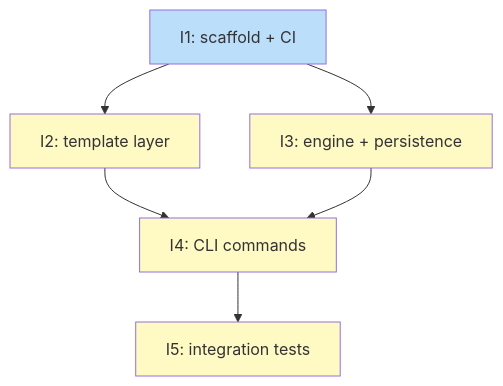
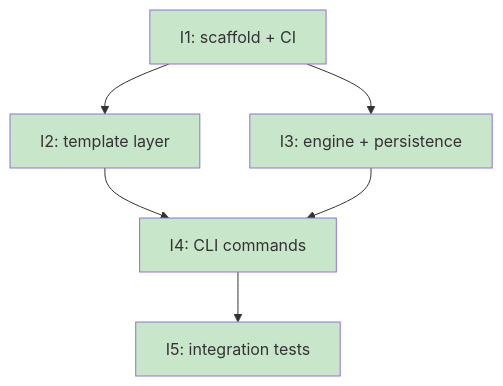
Before and after one commit to tsukumogami/koto: the diagram in docs/plans/PLAN-migrate-koto-go-to-rust.md, drawn with Mermaid.

Commit message:
docs(plan): mark all issues done in dependency graph

````diff
--- a/docs/plans/PLAN-migrate-koto-go-to-rust.md
+++ b/docs/plans/PLAN-migrate-koto-go-to-rust.md
@@ -162,27 +162,26 @@
 ```mermaid
 graph TD
     I1["I1: scaffold + CI"]
     I2["I2: template layer"]
     I3["I3: engine + persistence"]
     I4["I4: CLI commands"]
     I5["I5: integration tests"]
 
     I1 --> I2
     I1 --> I3
     I2 --> I4
     I3 --> I4
     I4 --> I5
 
     classDef done fill:#c8e6c9
     classDef ready fill:#bbdefb
     classDef blocked fill:#fff9c4
     classDef needsDesign fill:#e1bee7
     classDef needsPrd fill:#b3e5fc
     classDef needsSpike fill:#ffcdd2
     classDef needsDecision fill:#d1c4e9
     classDef tracksDesign fill:#FFE0B2,stroke:#F57C00,color:#000
     classDef tracksPlan fill:#FFE0B2,stroke:#F57C00,color:#000
 
-    class I1 ready
-    class I2,I3,I4,I5 blocked
+    class I1,I2,I3,I4,I5 done
 ```
````
